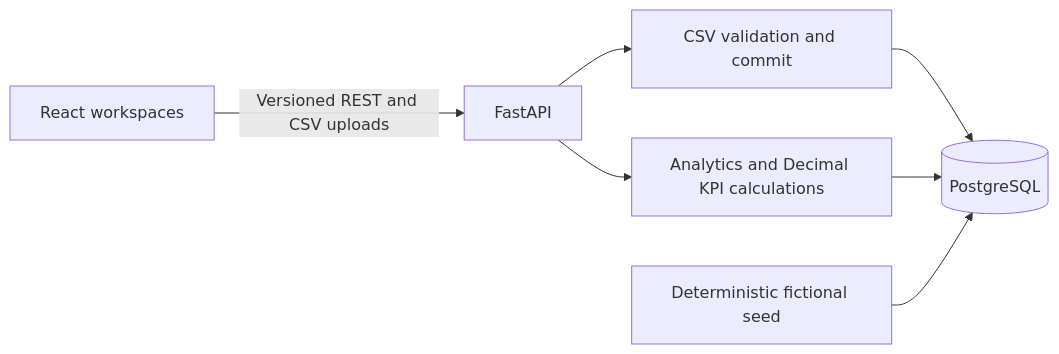
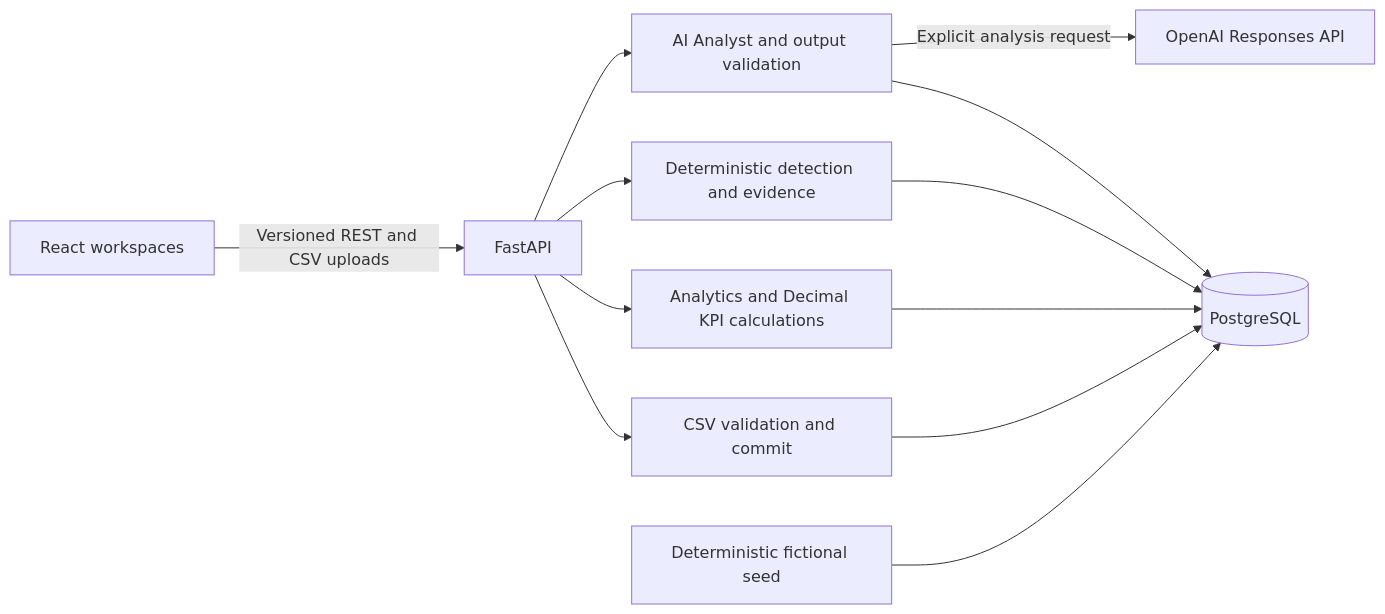
One commit to chasebenham/campaigniq changed the diagram in docs/architecture.md. Above: the diagram before and after it, drawn with Mermaid. The commit also changed other lines of this file and 49 other files, not shown here.

````diff
--- a/docs/architecture.md
+++ b/docs/architecture.md
@@ -5,9 +5,14 @@
 ```mermaid
 flowchart LR
   UI["React workspaces"] -->|"Versioned REST and CSV uploads"| API["FastAPI"]
   API --> IMPORT["CSV validation and commit"]
   API --> REPORT["Analytics and Decimal KPI calculations"]
+  API --> DETECT["Deterministic detection and evidence"]
+  API --> ANALYST["AI Analyst and output validation"]
   IMPORT --> DB[("PostgreSQL")]
   REPORT --> DB
+  DETECT --> DB
+  ANALYST --> DB
+  ANALYST -->|"Explicit analysis request"| OPENAI["OpenAI Responses API"]
   SEED["Deterministic fictional seed"] --> DB
 ```
````
